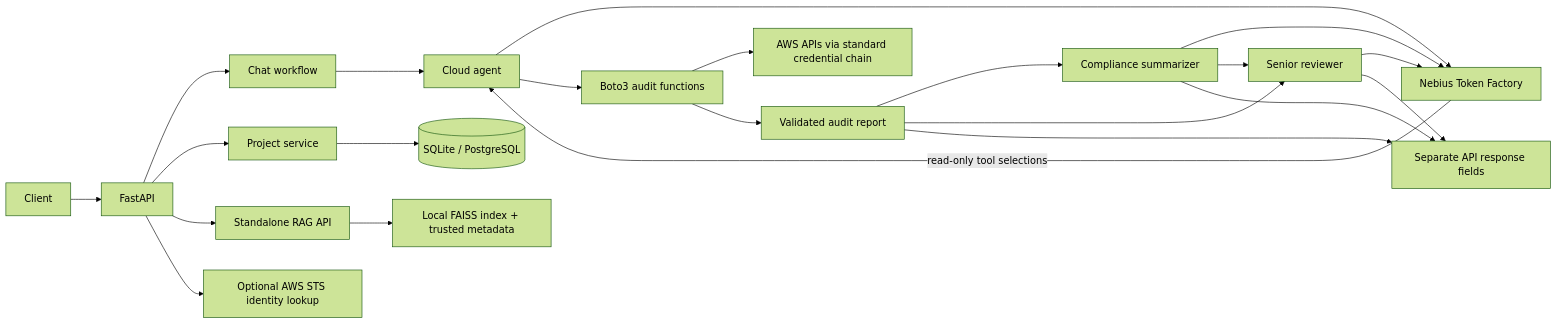
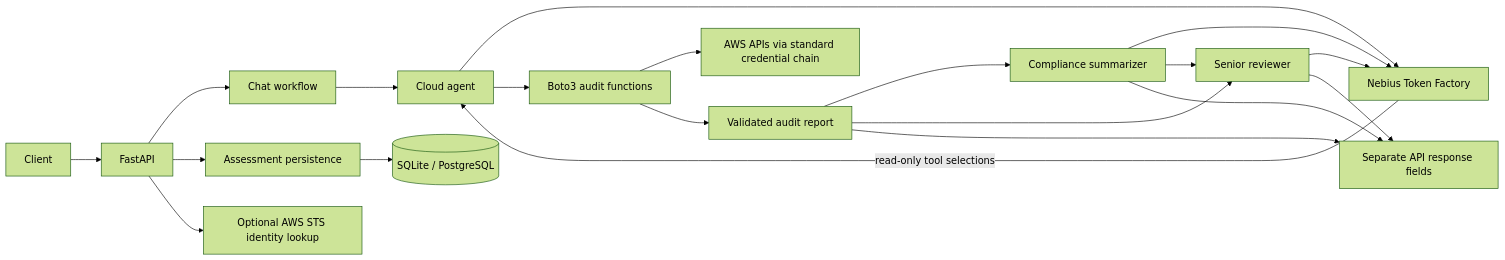
Before and after one commit to anubhavbuildz/indra-ai: the diagram in README.md, drawn with Mermaid (forest theme). The commit also changed other lines of this file and 47 other files, not shown here.

````diff
--- a/README.md
+++ b/README.md
@@ -38,24 +38,22 @@
 ```mermaid
 flowchart LR
     User[Client] --> API[FastAPI]
     API --> Chat[Chat workflow]
     Chat --> Cloud[Cloud agent]
     Cloud --> Nebius[Nebius Token Factory]
     Nebius -->|read-only tool selections| Cloud
     Cloud --> Audit[Boto3 audit functions]
     Audit --> AWS[AWS APIs via standard credential chain]
     Audit --> Report[Validated audit report]
     Report --> Compliance[Compliance summarizer]
     Compliance --> Nebius
     Compliance --> Senior[Senior reviewer]
     Report --> Senior
     Senior --> Nebius
     Report --> Response[Separate API response fields]
     Compliance --> Response
     Senior --> Response
-    API --> Projects[Project service]
-    Projects --> DB[(SQLite / PostgreSQL)]
-    API --> Retrieval[Standalone RAG API]
-    Retrieval --> FAISS[Local FAISS index + trusted metadata]
+    API --> Assessments[Assessment persistence]
+    Assessments --> DB[(SQLite / PostgreSQL)]
     API --> STS[Optional AWS STS identity lookup]
 ```
````
